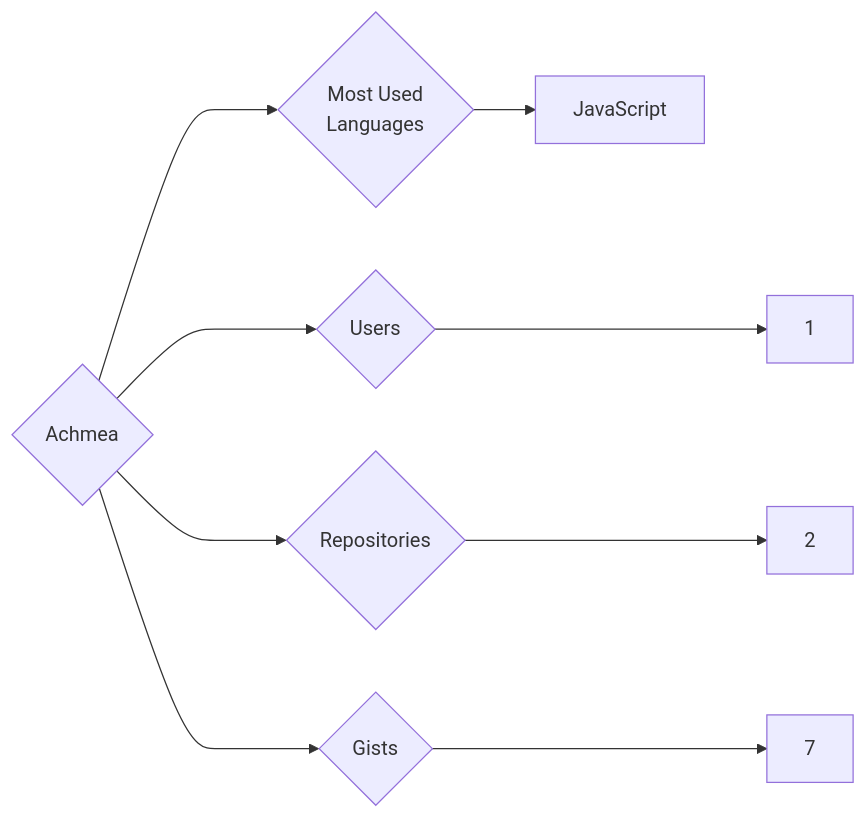
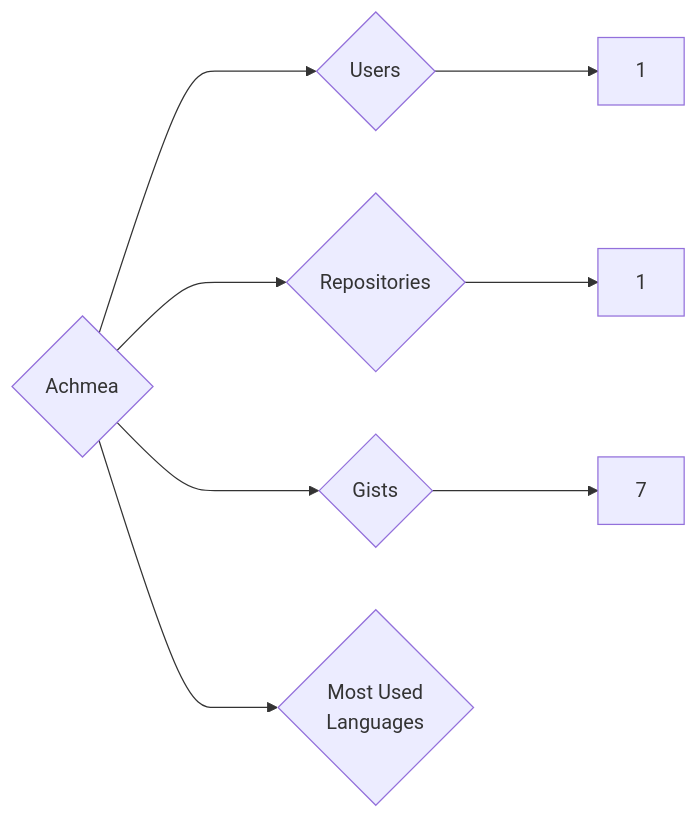
One commit to trickest/insiders changed the diagram in targets/Achmea/README.md. Above: the diagram before and after it, drawn with Mermaid. The commit also changed 1170 other files, not shown here.

````diff
--- a/targets/Achmea/README.md
+++ b/targets/Achmea/README.md
@@ -3,9 +3,8 @@
 ```mermaid
 graph LR
 COMPANY_NAME{Achmea}
 COMPANY_NAME ---> U{Users} ---> UN[1]
-COMPANY_NAME ---> R{Repositories} ---> RN[2]
+COMPANY_NAME ---> R{Repositories} ---> RN[1]
 COMPANY_NAME ---> G{Gists} ---> GN[7]
 COMPANY_NAME ---> ML{Most Used<br>Languages}
-ML --> JavaScript[JavaScript]
 ```
````
